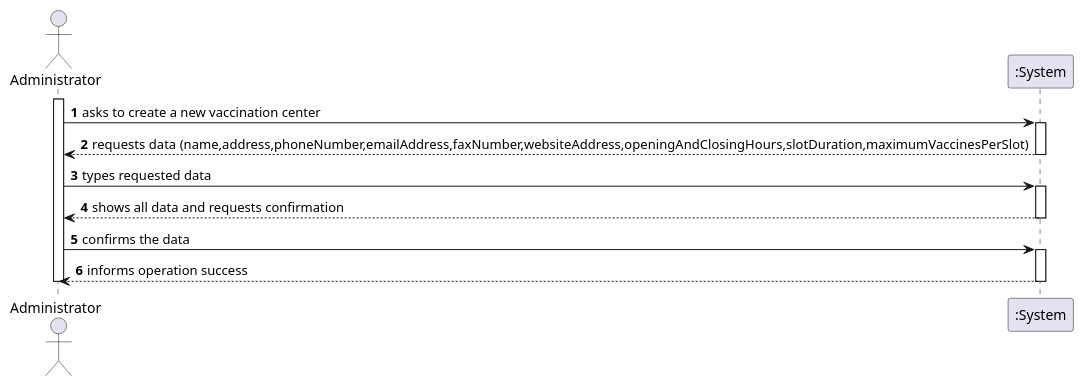
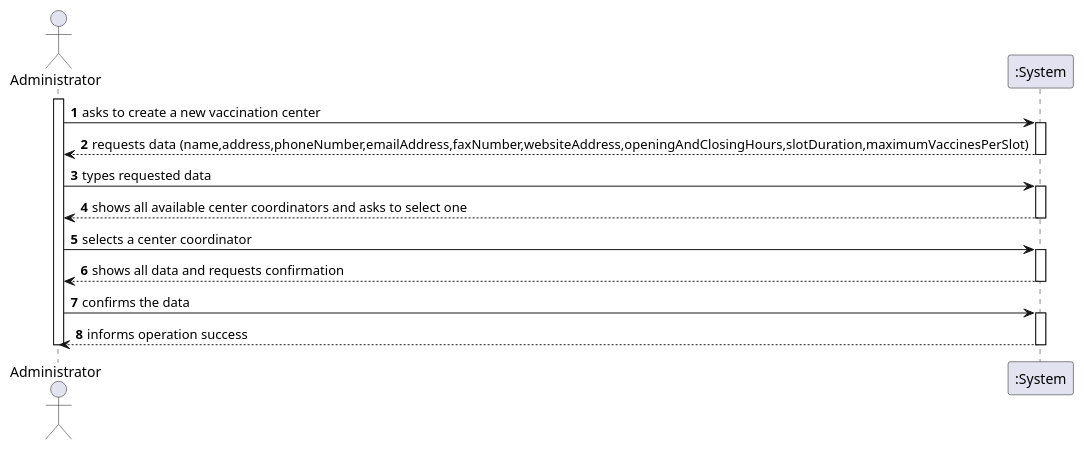
Before and after one commit to miseEnPlace-i/lapr2: the diagram in docs/SprintB/US09/SSD/US09_SSD.puml, drawn with PlantUML. The commit also changed 1 other file, not shown here.

```diff
--- a/docs/SprintB/US09/SSD/US09_SSD.puml
+++ b/docs/SprintB/US09/SSD/US09_SSD.puml
@@ -1,24 +1,29 @@
 @startuml US09_SSD
 autonumber
 actor "Administrator" as Administrator
 
 activate Administrator
+
 Administrator -> ":System" : asks to create a new vaccination center
 activate ":System"
 ":System" --> Administrator : requests data (name,address,phoneNumber,emailAddress,faxNumber,websiteAddress,openingAndClosingHours,slotDuration,maximumVaccinesPerSlot)
 deactivate ":System"
 
 Administrator -> ":System" : types requested data
 activate ":System"
+":System" --> Administrator : shows all available center coordinators and asks to select one
+deactivate ":System"
 
+Administrator -> ":System" : selects a center coordinator
+activate ":System"
 ":System" --> Administrator : shows all data and requests confirmation
 deactivate ":System"
 
 Administrator -> ":System" : confirms the data
 activate ":System"
 ":System" -->Administrator : informs operation success
 deactivate ":System"
 
 deactivate Administrator
 
 @enduml
```
